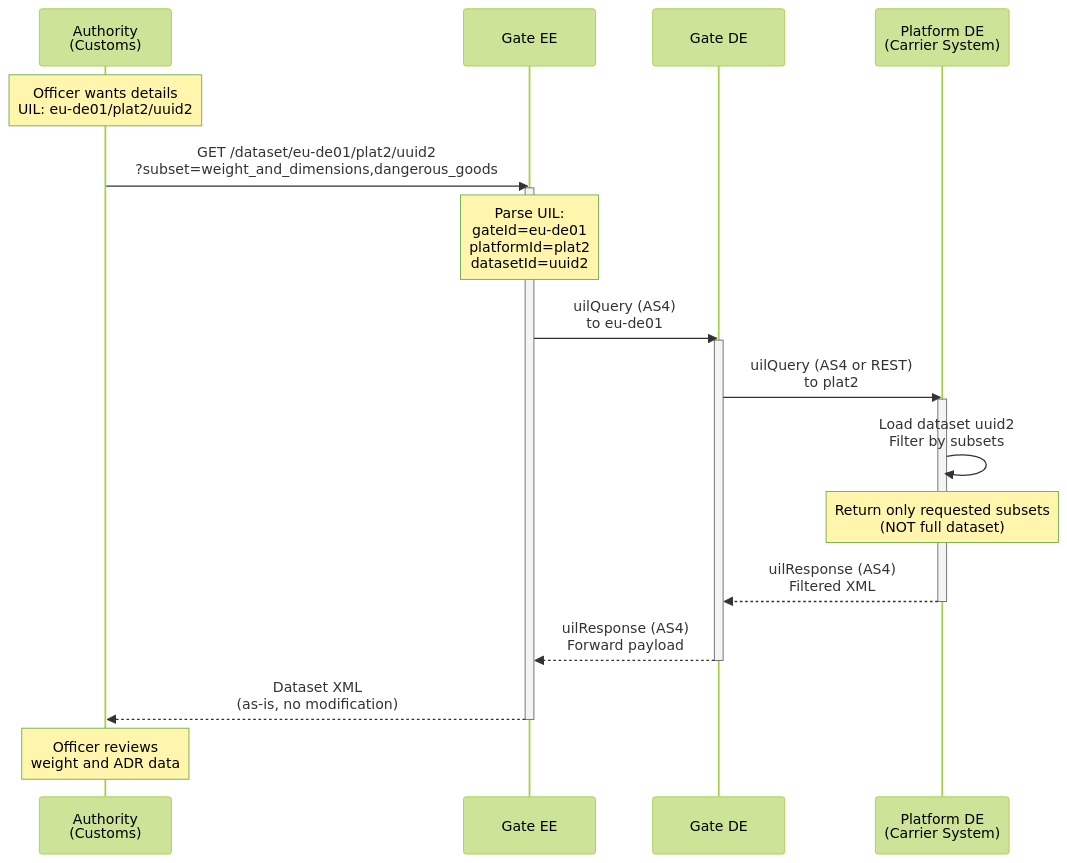
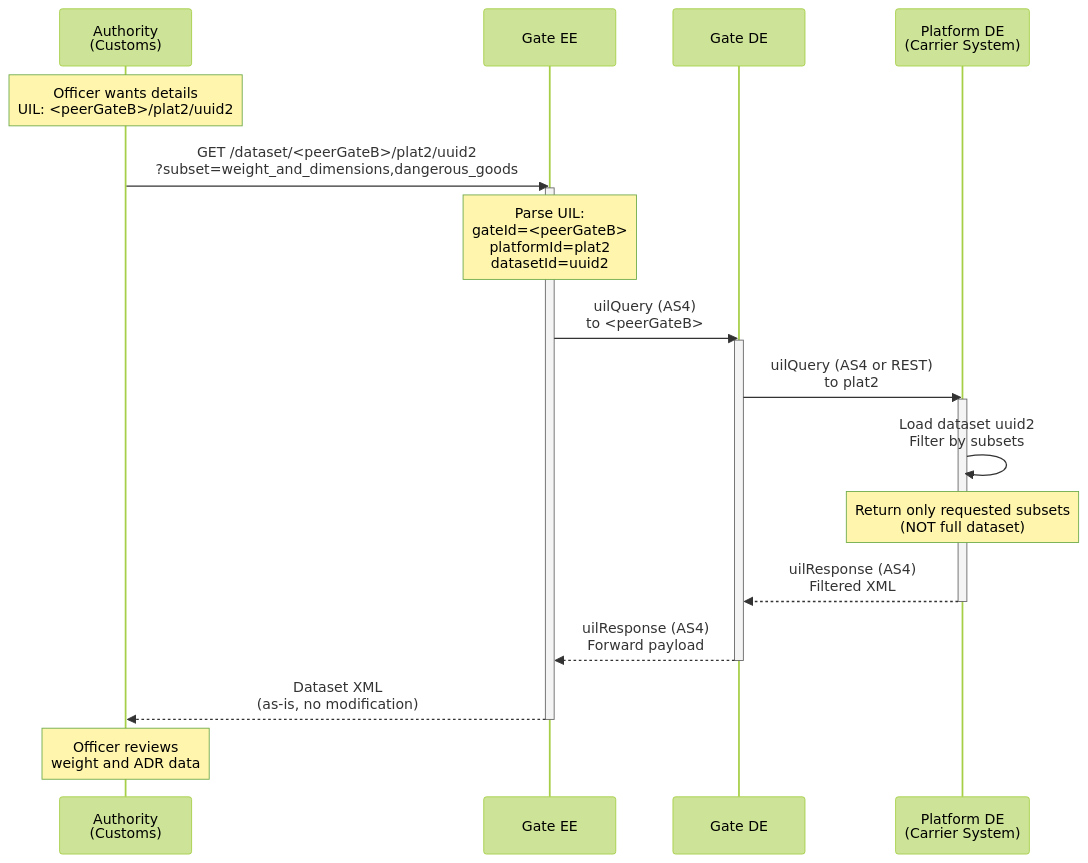
The seventh of 11 diagrams in docs/architecture/eFTI-Gate-Reference-Architecture.md (kemit-ee/efti-gate-ee), drawn with Mermaid (forest theme) before and after one commit. The commit also changed other lines of this file and 29 other files, not shown here.

````diff
--- a/docs/architecture/eFTI-Gate-Reference-Architecture.md
+++ b/docs/architecture/eFTI-Gate-Reference-Architecture.md
@@ -379,35 +379,35 @@
 ```mermaid
 sequenceDiagram
     participant A as Authority<br/>(Customs)
     participant G1 as Gate EE
     participant G2 as Gate DE
     participant P as Platform DE<br/>(Carrier System)
 
-    Note over A: Officer wants details<br/>UIL: eu-de01/plat2/uuid2
+    Note over A: Officer wants details<br/>UIL: <peerGateB>/plat2/uuid2
 
-    A->>G1: GET /dataset/eu-de01/plat2/uuid2<br/>?subset=weight_and_dimensions,dangerous_goods
+    A->>G1: GET /dataset/<peerGateB>/plat2/uuid2<br/>?subset=weight_and_dimensions,dangerous_goods
     activate G1
 
-    Note over G1: Parse UIL:<br/>gateId=eu-de01<br/>platformId=plat2<br/>datasetId=uuid2
+    Note over G1: Parse UIL:<br/>gateId=<peerGateB><br/>platformId=plat2<br/>datasetId=uuid2
 
-    G1->>G2: uilQuery (AS4)<br/>to eu-de01
+    G1->>G2: uilQuery (AS4)<br/>to <peerGateB>
     activate G2
 
     G2->>P: uilQuery (AS4 or REST)<br/>to plat2
     activate P
 
     P->>P: Load dataset uuid2<br/>Filter by subsets
 
     Note over P: Return only requested subsets<br/>(NOT full dataset)
 
     P-->>G2: uilResponse (AS4)<br/>Filtered XML
     deactivate P
 
     G2-->>G1: uilResponse (AS4)<br/>Forward payload
     deactivate G2
 
     G1-->>A: Dataset XML<br/>(as-is, no modification)
     deactivate G1
 
     Note over A: Officer reviews<br/>weight and ADR data
 ```
````
